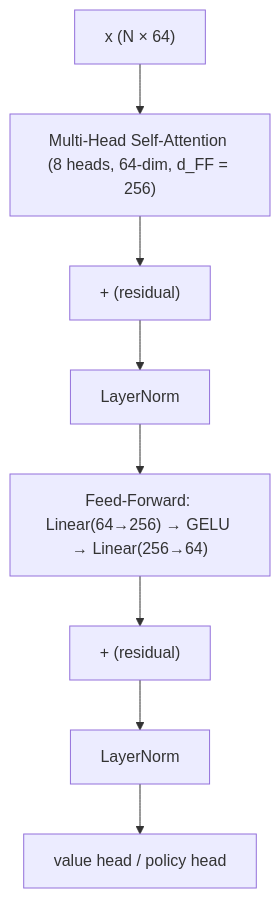
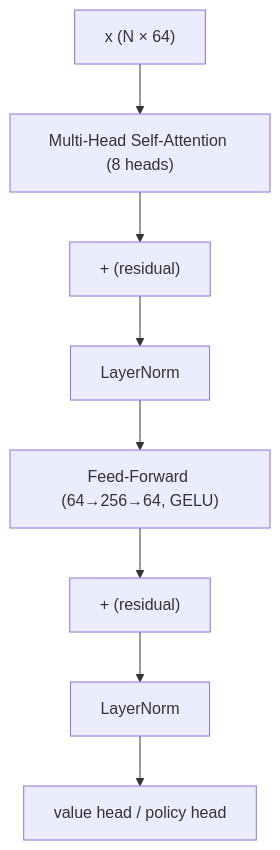
Before and after one commit to darkslayer-ns/3d-tiktactoe: the sixth of 12 diagrams in README.md, drawn with Mermaid. The commit also changed other lines of this file, not shown here.

First line of the commit message:
docs: compact mermaid labels + Go-solver dataset generation

````diff
--- a/README.md
+++ b/README.md
@@ -234,10 +261,10 @@
 ```mermaid
 flowchart TD
-    X["x (N × 64)"] --> ATT["Multi-Head Self-Attention (8 heads, 64-dim, d_FF = 256)"]
+    X["x (N × 64)"] --> ATT["Multi-Head Self-Attention (8 heads)"]
     ATT --> R1["+ (residual)"]
     R1 --> LN1["LayerNorm"]
-    LN1 --> FF["Feed-Forward: Linear(64→256) → GELU → Linear(256→64)"]
+    LN1 --> FF["Feed-Forward (64→256→64, GELU)"]
     FF --> R2["+ (residual)"]
     R2 --> LN2["LayerNorm"]
     LN2 --> H["value head / policy head"]
 ```
````
